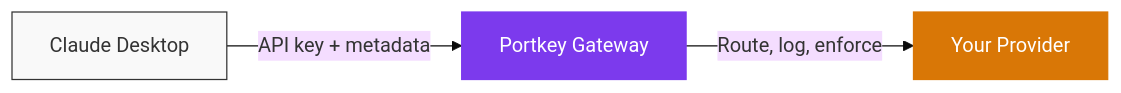
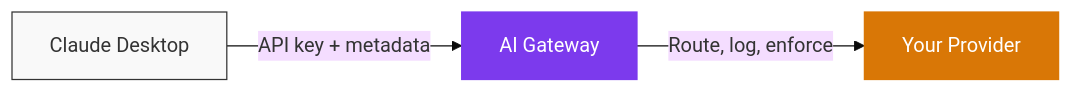
Before and after one commit to Portkey-AI/docs-core: the diagram in aigw/integrations/libraries/claude-desktop-developers.mdx, drawn with Mermaid (base theme). The commit also changed 174 other files, not shown here.

````diff
--- a/aigw/integrations/libraries/claude-desktop-developers.mdx
+++ b/aigw/integrations/libraries/claude-desktop-developers.mdx
@@ -8,9 +8,9 @@
 ```mermaid
 flowchart LR
-    CD["Claude Desktop"] -->|"API key + metadata"| PG["Portkey Gateway"]
+    CD["Claude Desktop"] -->|"API key + metadata"| PG["AI Gateway"]
     PG -->|"Route, log, enforce"| LLM["Your Provider"]
 
     style CD fill:#f9f9f9,stroke:#333
     style PG fill:#7c3aed,stroke:#7c3aed,color:#fff
     style LLM fill:#d97706,stroke:#d97706,color:#fff
 ```
````
